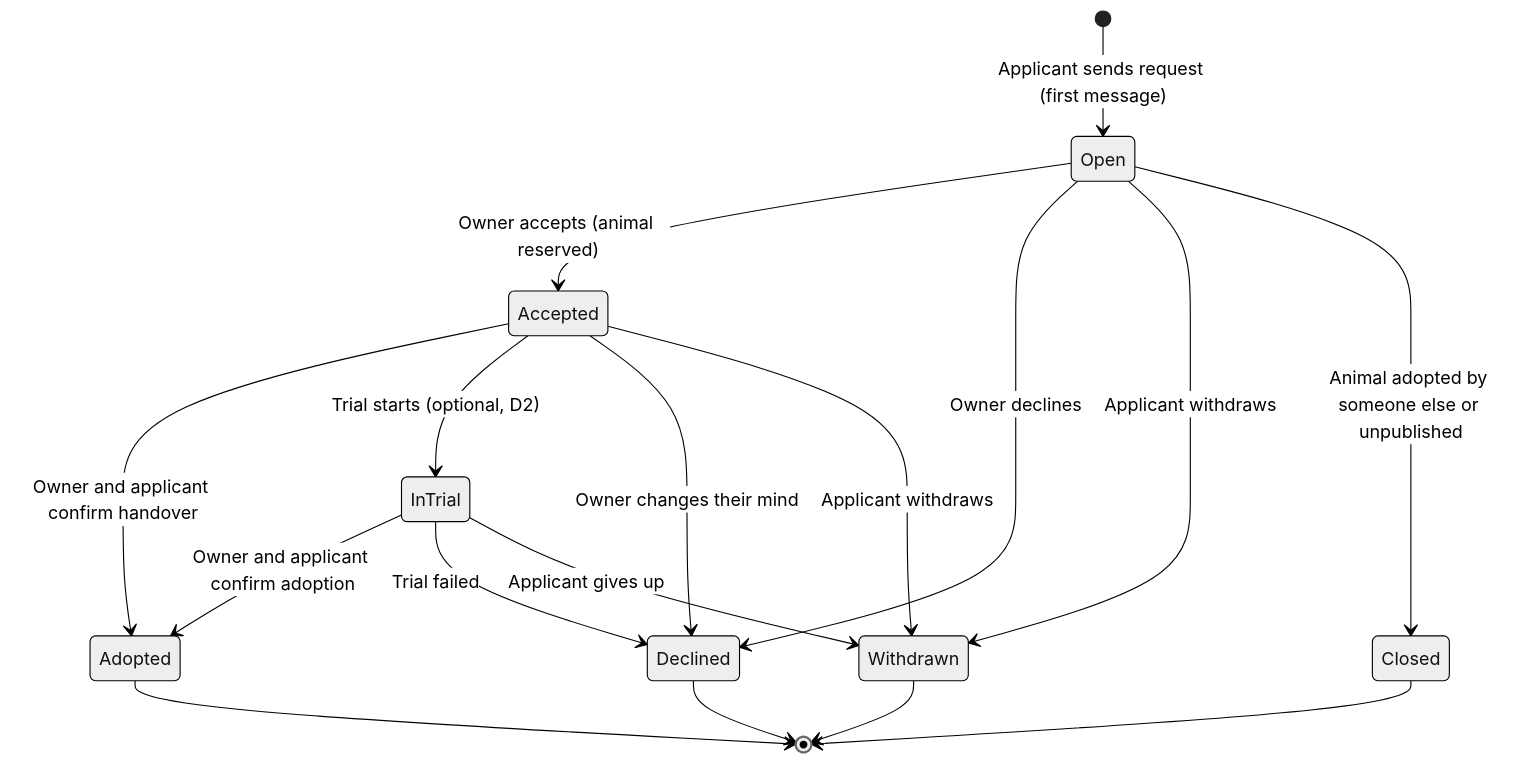
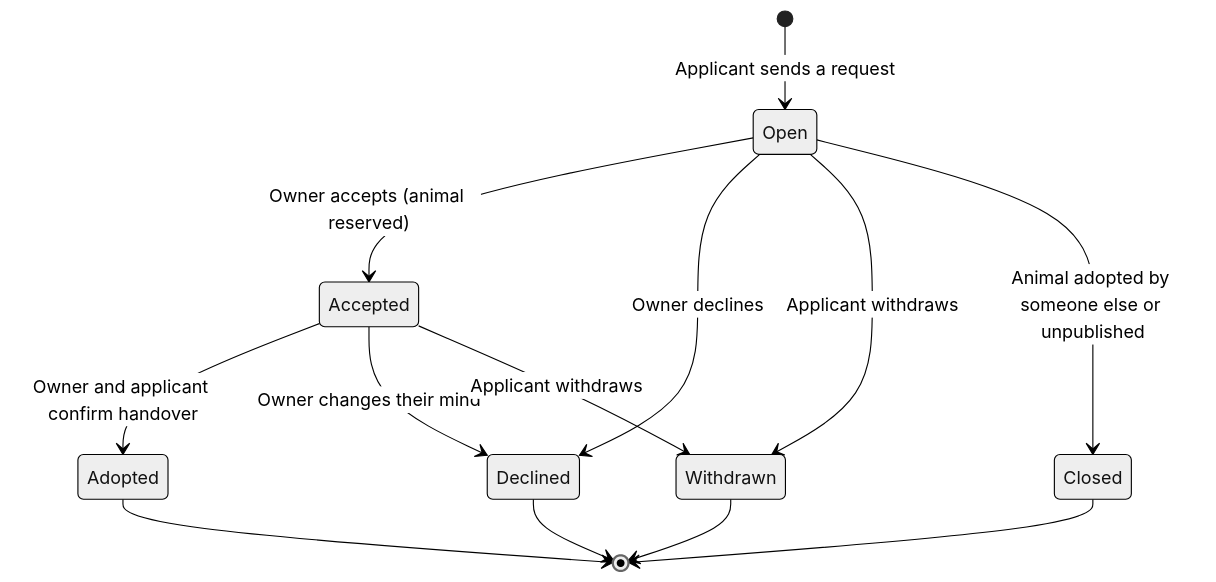
The first of 2 diagrams in docs/domain/AdoptionPipeline.md (MESW-LES-2627/les-project-group-3), drawn with Mermaid (neutral theme) before and after one commit. The commit also changed other lines of this file and 2 other files, not shown here.

Commit message:
docs(adoption): drop the trial and open the chat at accept in the docs

````diff
--- a/docs/domain/AdoptionPipeline.md
+++ b/docs/domain/AdoptionPipeline.md
@@ -26,25 +28,20 @@
 ```mermaid
 stateDiagram-v2
-    [*] --> Open : Applicant sends request (first message)
+    [*] --> Open : Applicant sends a request
 
     Open --> Accepted : Owner accepts (animal reserved)
     Accepted --> Adopted : Owner and applicant confirm handover
 
-    Accepted --> InTrial : Trial starts (optional, D2)
-    InTrial --> Adopted : Owner and applicant confirm adoption
-
     Open --> Declined : Owner declines
     Accepted --> Declined : Owner changes their mind
-    InTrial --> Declined : Trial failed
 
     Open --> Withdrawn : Applicant withdraws
     Accepted --> Withdrawn : Applicant withdraws
-    InTrial --> Withdrawn : Applicant gives up
 
     Open --> Closed : Animal adopted by someone else or unpublished
 
     Adopted --> [*]
     Declined --> [*]
     Withdrawn --> [*]
     Closed --> [*]
 ```
````
